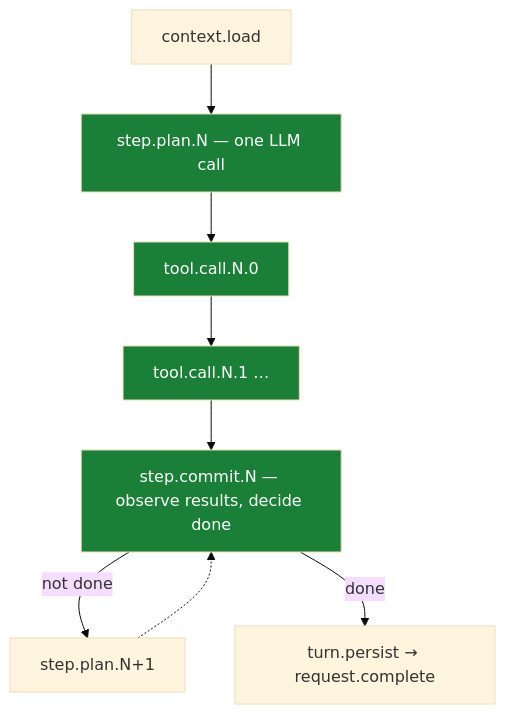
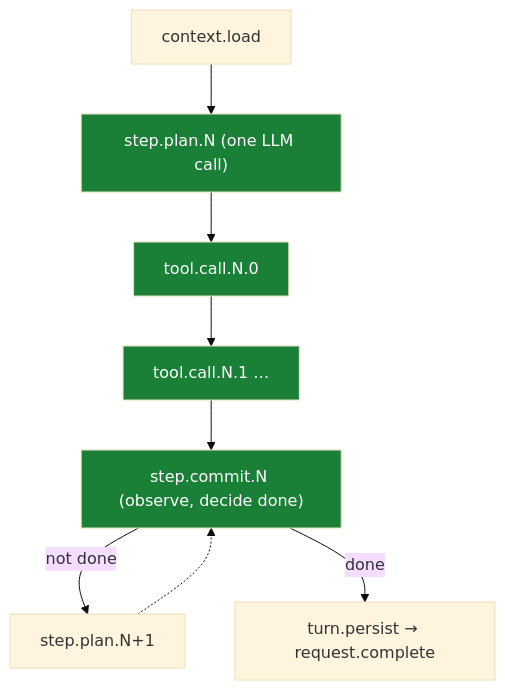
The diagram in docs/posts/durable-agent-loop.md (imsid/mashpy), drawn with Mermaid (base theme) before and after one commit. The commit also changed other lines of this file and 18 other files, not shown here.

````diff
--- a/docs/posts/durable-agent-loop.md
+++ b/docs/posts/durable-agent-loop.md
@@ -77,15 +75,15 @@
 ```mermaid
 flowchart TD
-    L[context.load] --> P["step.plan.N — one LLM call"]
+    L[context.load] --> P["step.plan.N (one LLM call)"]
     P --> T0["tool.call.N.0"]
     T0 --> T1["tool.call.N.1 …"]
-    T1 --> C["step.commit.N — observe results, decide done"]
+    T1 --> C["step.commit.N (observe, decide done)"]
     C -- "not done" --> P2["step.plan.N+1"]
     C -- "done" --> F["turn.persist → request.complete"]
     P2 -.-> C
 
     style P fill:#1a7f37,color:#fff
     style T0 fill:#1a7f37,color:#fff
     style T1 fill:#1a7f37,color:#fff
     style C fill:#1a7f37,color:#fff
 ```
````
